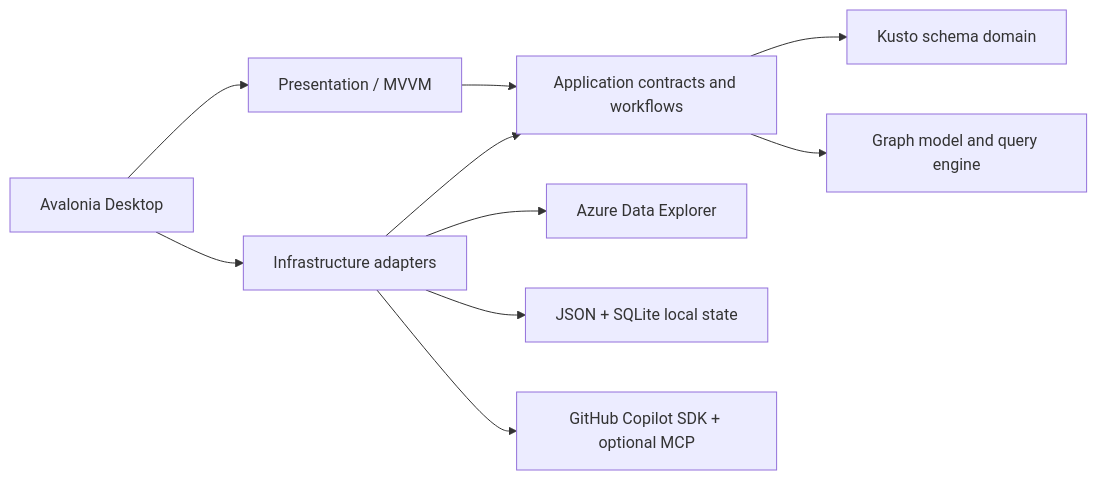
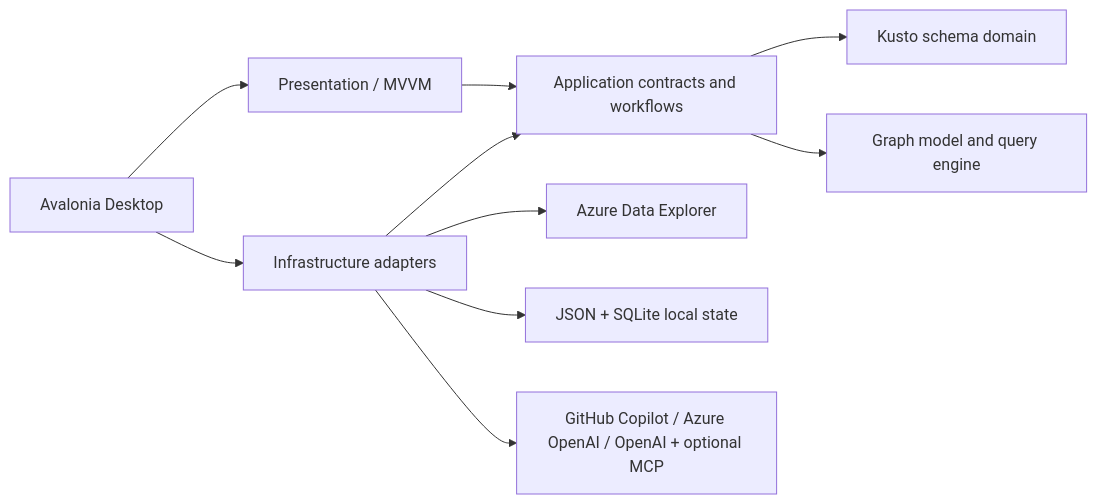
One commit to i-am-shodan/OpenKustoExplorer changed the diagram in README.md. Above: the diagram before and after it, drawn with Mermaid. The commit also changed other lines of this file and 133 other files, not shown here.

````diff
--- a/README.md
+++ b/README.md
@@ -187,12 +215,12 @@
 ```mermaid
 flowchart LR
     Desktop["Avalonia Desktop"] --> Presentation["Presentation / MVVM"]
   Desktop --> Infrastructure["Infrastructure adapters"]
     Presentation --> Application["Application contracts and workflows"]
   Infrastructure --> Application
     Application --> Domain["Kusto schema domain"]
     Application --> Graph["Graph model and query engine"]
     Infrastructure --> ADX["Azure Data Explorer"]
     Infrastructure --> Local["JSON + SQLite local state"]
-    Infrastructure --> Copilot["GitHub Copilot SDK + optional MCP"]
+    Infrastructure --> Copilot["GitHub Copilot / Azure OpenAI / OpenAI + optional MCP"]
 ```
````
